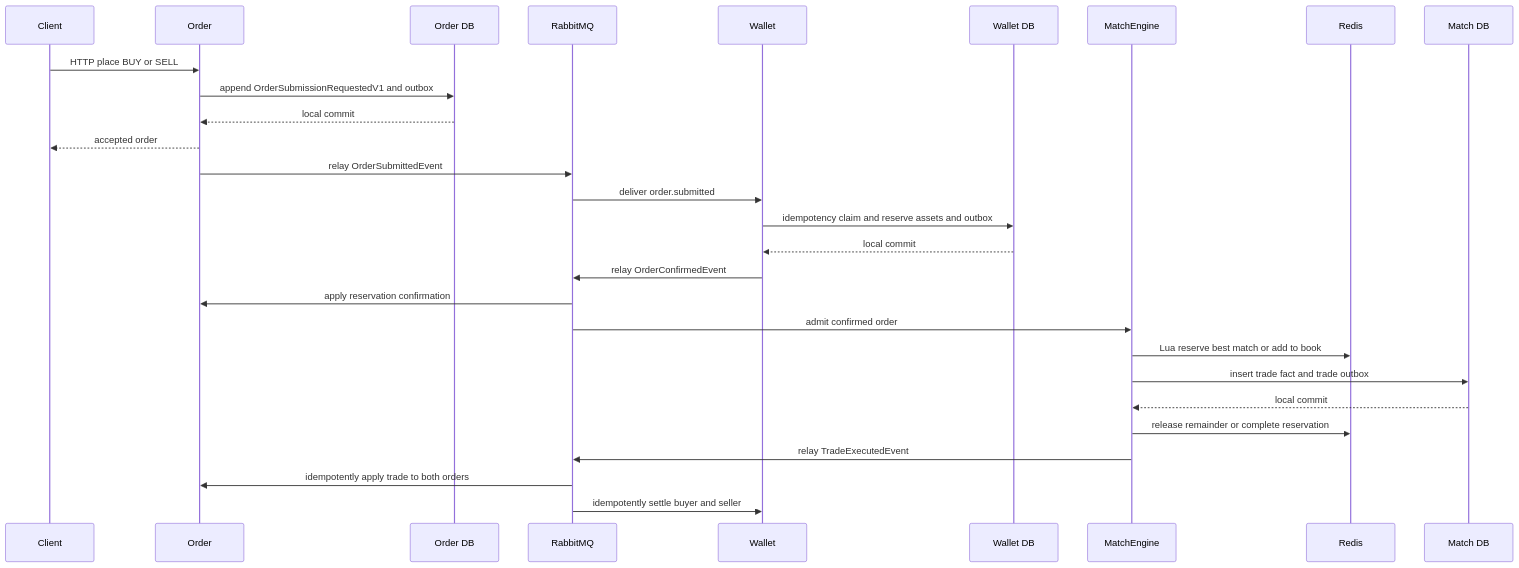
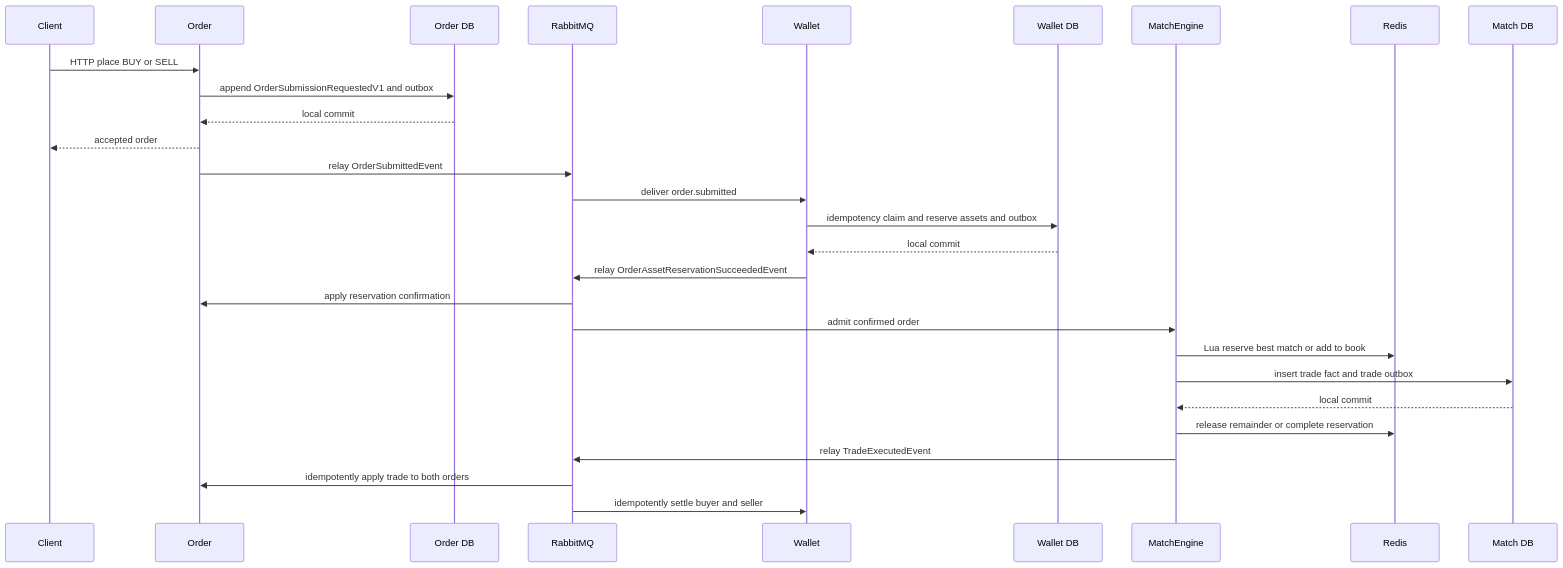
Before and after one commit to Yitin-tsai/eap-infra: the fourth of 8 diagrams in docs/order-event-lifecycle.zh-TW.md, drawn with Mermaid. The commit also changed other lines of this file and 34 other files, not shown here.

````diff
--- a/docs/order-event-lifecycle.zh-TW.md
+++ b/docs/order-event-lifecycle.zh-TW.md
@@ -80,31 +153,31 @@
 ```mermaid
 sequenceDiagram
     participant C as Client
     participant O as Order
     participant ODB as Order DB
     participant MQ as RabbitMQ
     participant W as Wallet
     participant WDB as Wallet DB
     participant M as MatchEngine
     participant R as Redis
     participant MDB as Match DB
 
     C->>O: HTTP place BUY or SELL
     O->>ODB: append OrderSubmissionRequestedV1 and outbox
     ODB-->>O: local commit
     O-->>C: accepted order
     O->>MQ: relay OrderSubmittedEvent
     MQ->>W: deliver order.submitted
     W->>WDB: idempotency claim and reserve assets and outbox
     WDB-->>W: local commit
-    W->>MQ: relay OrderConfirmedEvent
+    W->>MQ: relay OrderAssetReservationSucceededEvent
     MQ->>O: apply reservation confirmation
     MQ->>M: admit confirmed order
     M->>R: Lua reserve best match or add to book
     M->>MDB: insert trade fact and trade outbox
     MDB-->>M: local commit
     M->>R: release remainder or complete reservation
     M->>MQ: relay TradeExecutedEvent
     MQ->>O: idempotently apply trade to both orders
     MQ->>W: idempotently settle buyer and seller
 ```
````
